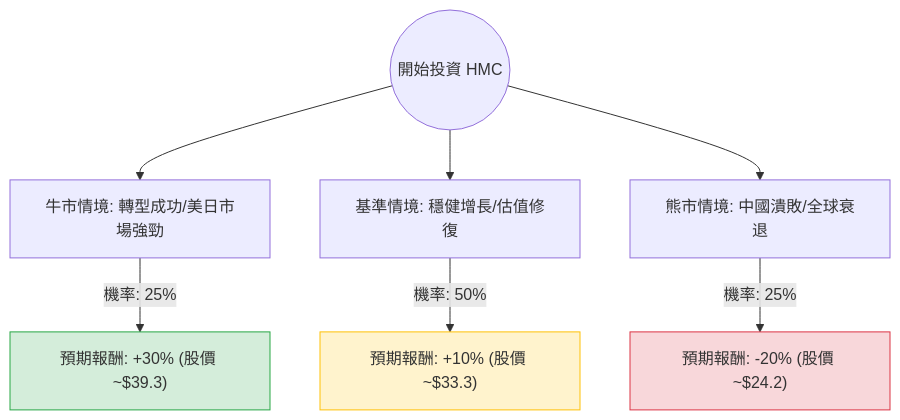
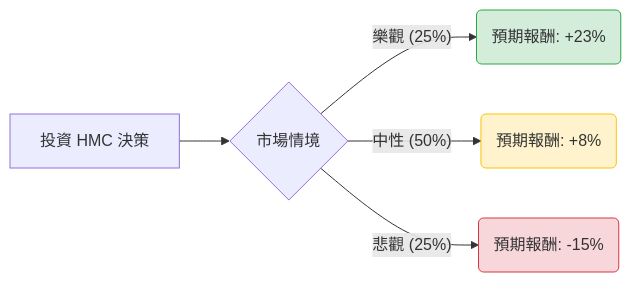
One commit to zmcx16/zmcx16.github.io changed the diagram in plugin-react/ai-analysis/ev-analysis/HMC.md. Above: the diagram before and after it, drawn with Mermaid. The commit also changed other lines of this file and 80 other files, not shown here.

````diff
--- a/plugin-react/ai-analysis/ev-analysis/HMC.md
+++ b/plugin-react/ai-analysis/ev-analysis/HMC.md
@@ -21,14 +20,12 @@
 ```mermaid
-graph TD
-    Start((開始投資 HMC)) --> Bull[牛市情境: 轉型成功/美日市場強勁]
-    Start --> Base[基準情境: 穩健增長/估值修復]
-    Start --> Bear[熊市情境: 中國潰敗/全球衰退]
+graph LR
+    A[投資 HMC 決策] --> B{市場情境}
+    
+    B -- 樂觀 (25%) --> C(預期報酬: +23%)
+    B -- 中性 (50%) --> D(預期報酬: +8%)
+    B -- 悲觀 (25%) --> E(預期報酬: -15%)
 
-    Bull -- "機率: 25%" --> BullResult["預期報酬: +30% (股價 ~$39.3)"]
-    Base -- "機率: 50%" --> BaseResult["預期報酬: +10% (股價 ~$33.3)"]
-    Bear -- "機率: 25%" --> BearResult["預期報酬: -20% (股價 ~$24.2)"]
-
-    style BullResult fill:#d4edda,stroke:#28a745
-    style BaseResult fill:#fff3cd,stroke:#ffc107
-    style BearResult fill:#f8d7da,stroke:#dc3545
+    style C fill:#d4edda,stroke:#28a745
+    style D fill:#fff3cd,stroke:#ffc107
+    style E fill:#f8d7da,stroke:#dc3545
 ```
````
